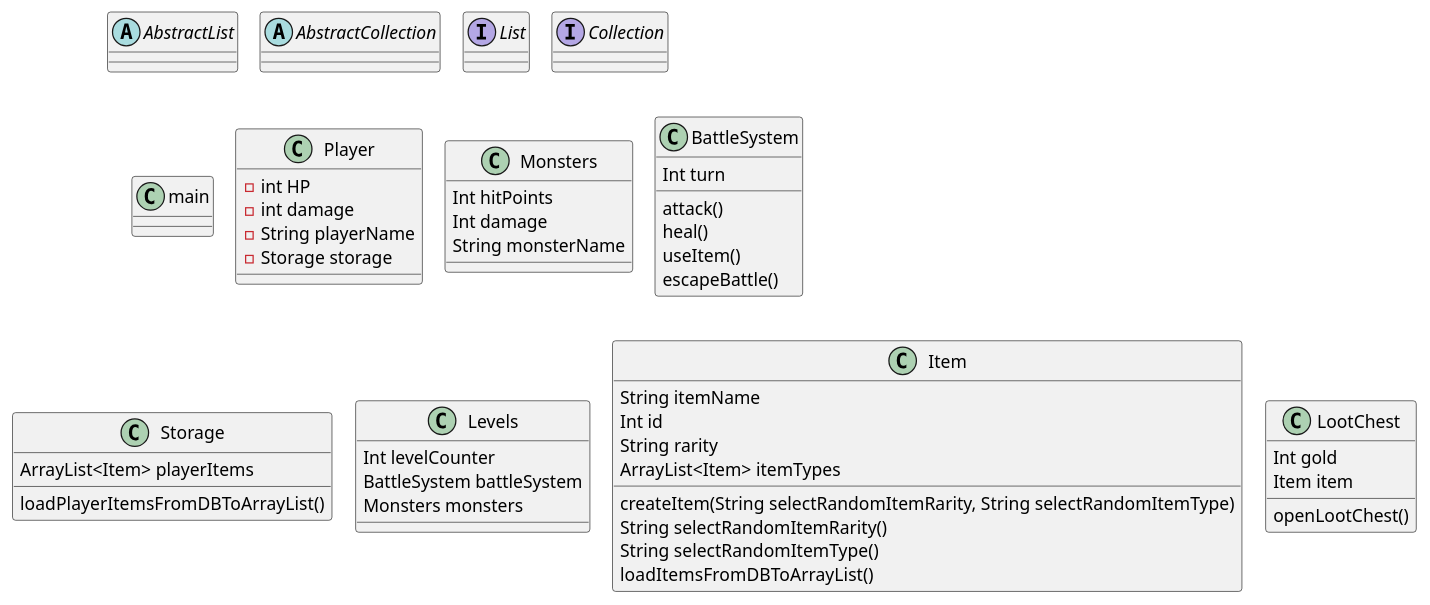
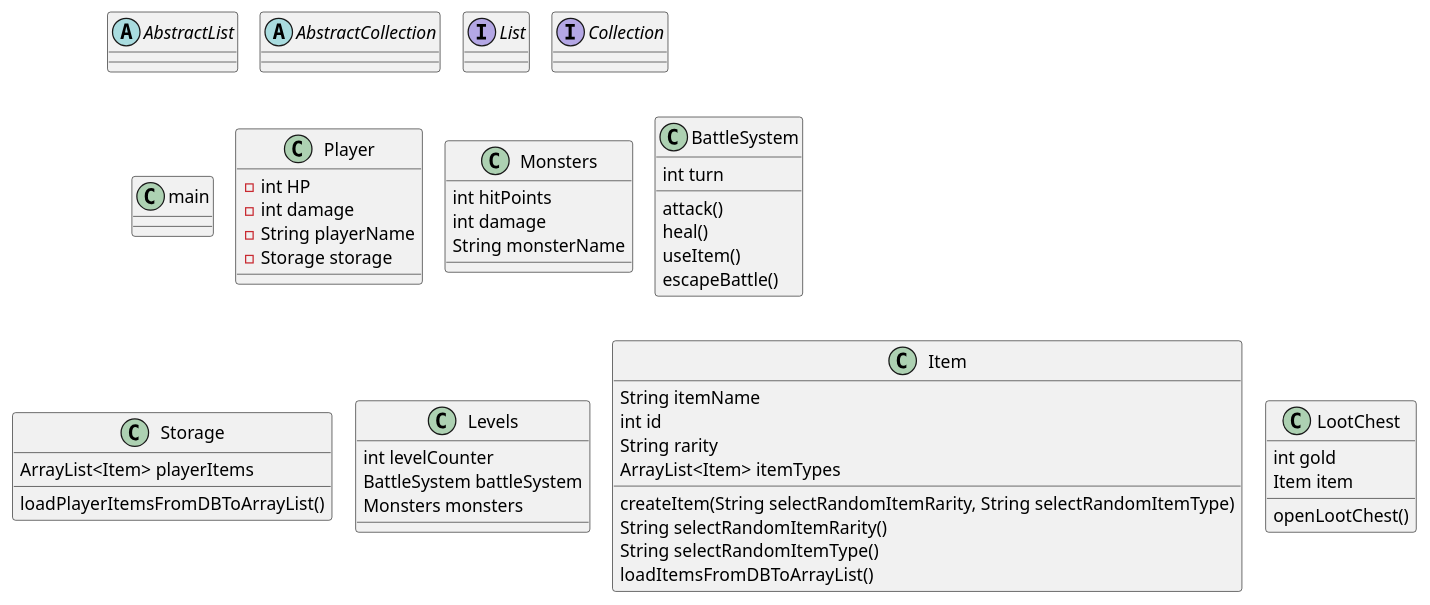
The diagram in src/resources/uml-diagrams/Class-Diagram.puml (AbdullahMarwan/CPH-IceProject-DungeonCrawler), drawn with PlantUML before and after one commit.

Commit message:
WIP Plantuml fixing formatting

```diff
--- a/src/resources/uml-diagrams/Class-Diagram.puml
+++ b/src/resources/uml-diagrams/Class-Diagram.puml
@@ -1,68 +1,68 @@
 @startuml
 'https://plantuml.com/class-diagram
 
 abstract class AbstractList
 abstract AbstractCollection
 interface List
 interface Collection
 !pragma layout smetana
 
 class main {
 }
 
 class Player {
 - int HP
 - int damage
 - String playerName
 - Storage storage
 }
 
 class Monsters {
-Int hitPoints
-Int damage
+int hitPoints
+int damage
 String monsterName
 }
 
 class BattleSystem {
-Int turn
+int turn
 
 attack()
 heal()
 useItem()
 escapeBattle()
 }
 
 class Storage {
 ArrayList<Item> playerItems
 
 loadPlayerItemsFromDBToArrayList()
 }
 
 class Levels {
-Int levelCounter
+int levelCounter
 BattleSystem battleSystem
 Monsters monsters
 }
 
 class Item {
 String itemName
-Int id
+int id
 String rarity
 ArrayList<Item> itemTypes
 
 createItem(String selectRandomItemRarity, String selectRandomItemType)
 String selectRandomItemRarity()
 String selectRandomItemType()
 loadItemsFromDBToArrayList()
 }
 
 class LootChest {
-Int gold
+int gold
 Item item
 
 openLootChest()
 }
 
 
 
 @enduml
```
